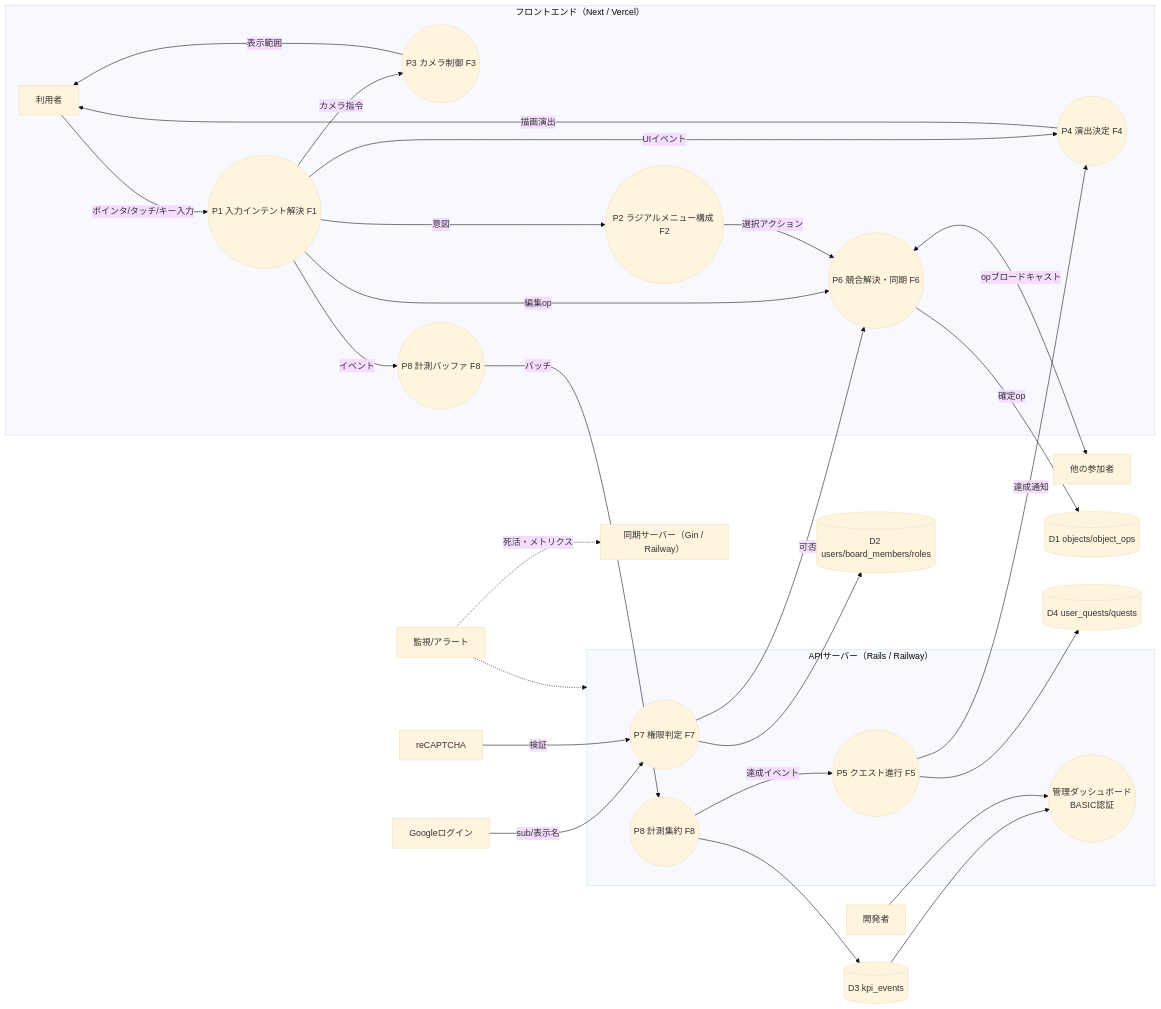
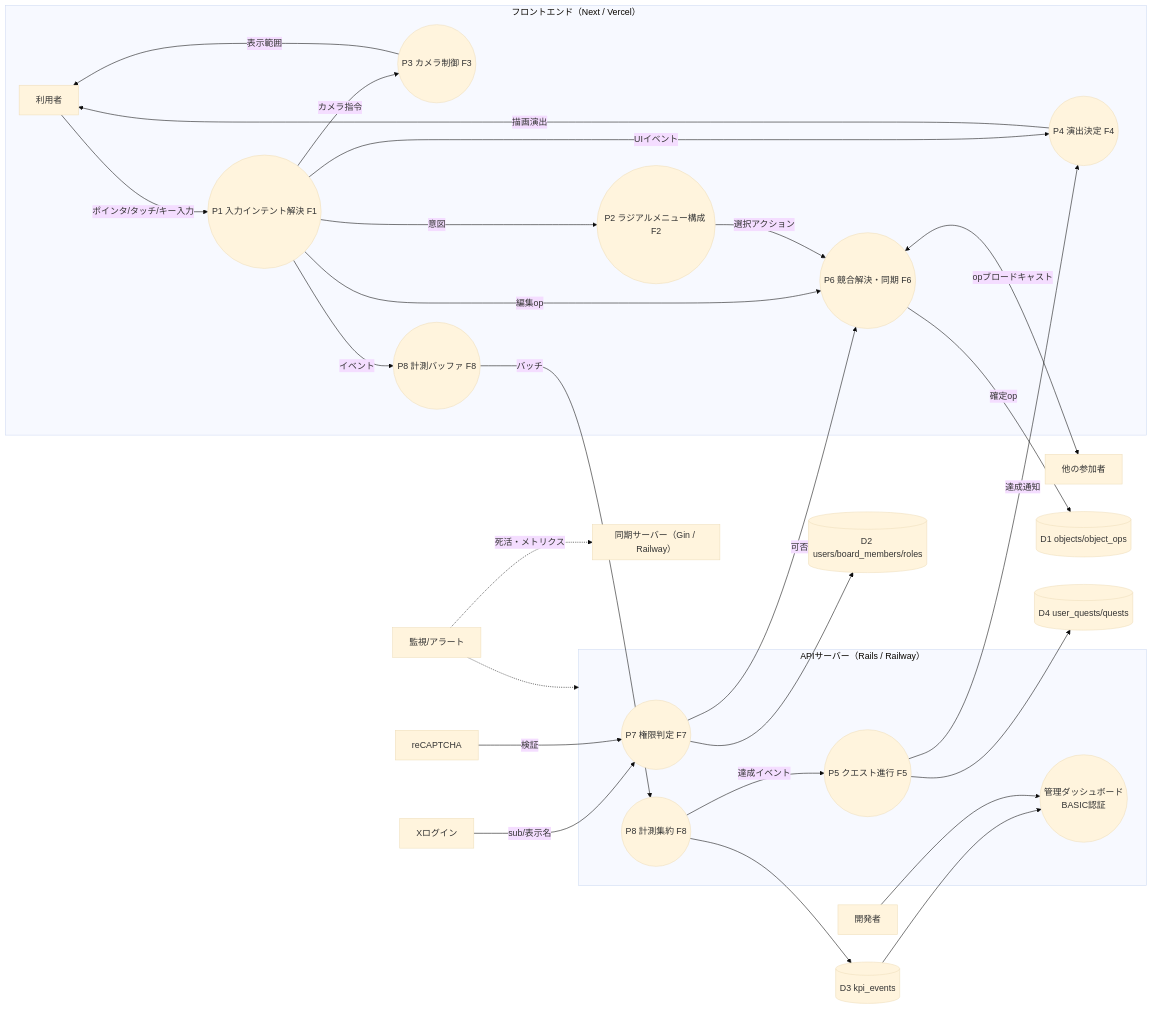
The second of 10 diagrams in questboard_design_document.md (rictaworks/questboard), drawn with Mermaid (base theme) before and after one commit. The commit also changed other lines of this file and 17 other files, not shown here.

````diff
--- a/questboard_design_document.md
+++ b/questboard_design_document.md
@@ -259,36 +259,36 @@
 ```mermaid
 flowchart LR
     U[利用者] -->|"ポインタ/タッチ/キー入力"| P1
     subgraph FRONT["フロントエンド（Next / Vercel）"]
         P1(("P1 入力インテント解決 F1")) -->|意図| P2(("P2 ラジアルメニュー構成 F2"))
         P1 -->|カメラ指令| P3(("P3 カメラ制御 F3"))
         P1 -->|編集op| P6
         P2 -->|選択アクション| P6
         P1 -->|UIイベント| P4(("P4 演出決定 F4"))
         P4 -->|描画演出| U
         P3 -->|表示範囲| U
         P8f(("P8 計測バッファ F8"))
     end
     subgraph SYNC["同期サーバー（Gin / Railway）"]
         P6(("P6 競合解決・同期 F6"))
     end
     subgraph API["APIサーバー（Rails / Railway）"]
         P7(("P7 権限判定 F7"))
         P5(("P5 クエスト進行 F5"))
         P8(("P8 計測集約 F8"))
         ADM(("管理ダッシュボード<br/>BASIC認証"))
     end
-    G[Googleログイン] -->|"sub/表示名"| P7
+    G[Xログイン] -->|"sub/表示名"| P7
     RC[reCAPTCHA] -->|検証| P7
     P6 <-->|"opブロードキャスト"| OTHERS[他の参加者]
     P6 -->|確定op| D1[(D1 objects/object_ops)]
     P7 -->|可否| P6
     P7 --> D2[(D2 users/board_members/roles)]
     P1 -->|イベント| P8f -->|バッチ| P8 --> D3[(D3 kpi_events)]
     P8 -->|達成イベント| P5 --> D4[(D4 user_quests/quests)]
     P5 -->|達成通知| P4
     D3 --> ADM
     MON[監視/アラート] -.->|死活・メトリクス| SYNC
     MON -.-> API
     DEV[開発者] --> ADM
 ```
````
